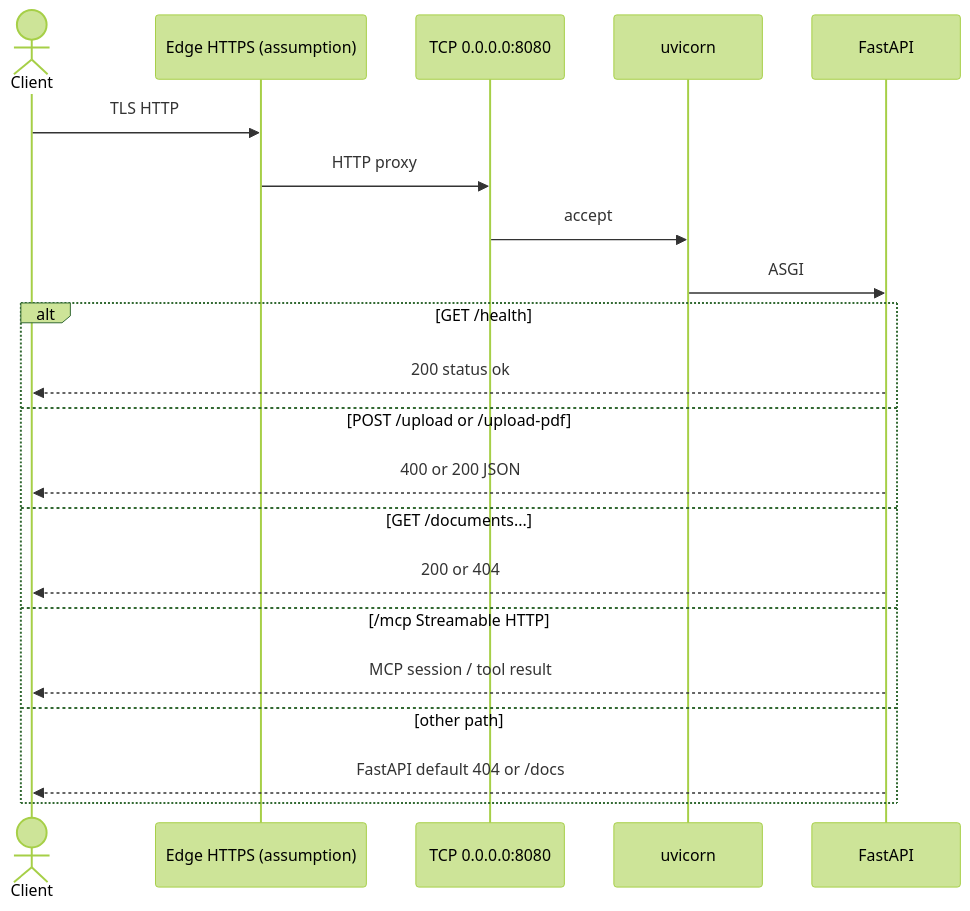
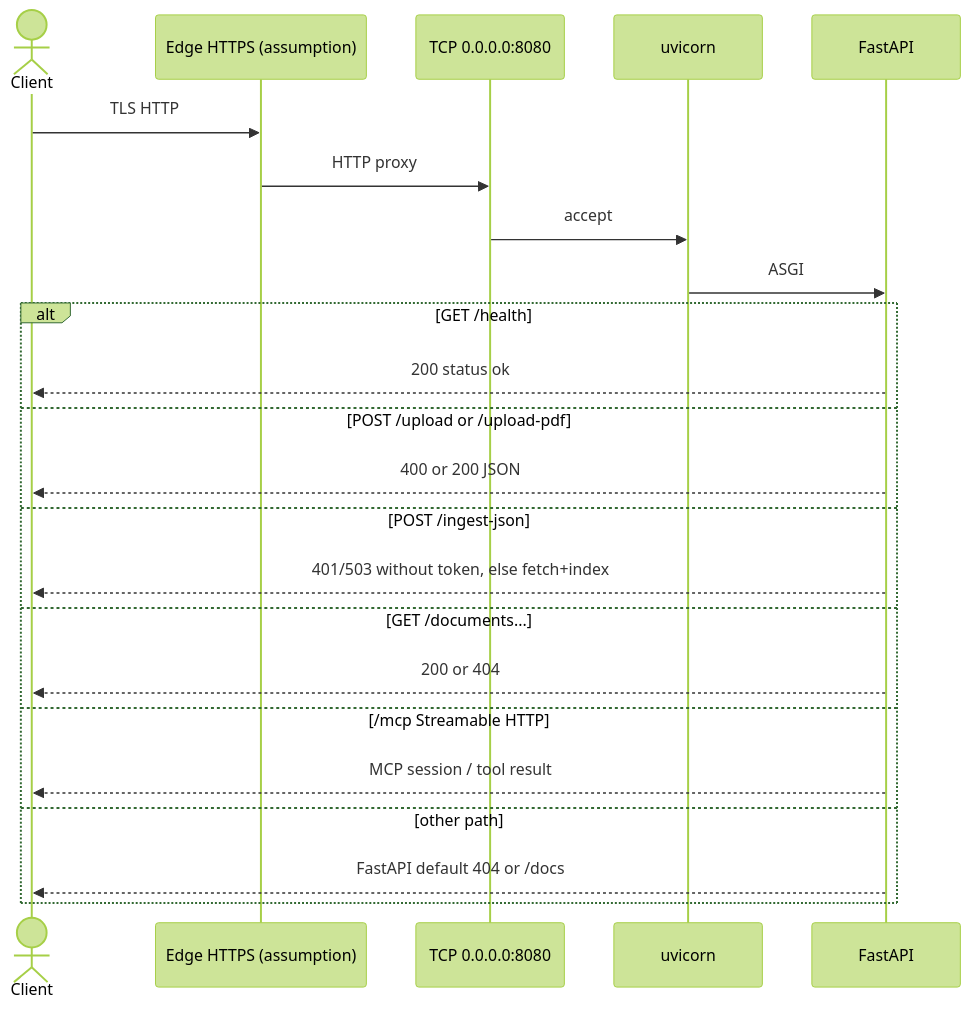
The second of 3 diagrams in docs/CONNECTIVITY.md (mkrejp/fastmcp-rag-timer), drawn with Mermaid (forest theme) before and after one commit. The commit also changed other lines of this file and 12 other files, not shown here.

First line of the commit message:
Add bearer-authenticated remote GeoJSON ingest endpoint.

````diff
--- a/docs/CONNECTIVITY.md
+++ b/docs/CONNECTIVITY.md
@@ -74,24 +75,26 @@
 ```mermaid
 sequenceDiagram
   actor Client
   participant Edge as Edge HTTPS (assumption)
   participant Port as TCP 0.0.0.0:8080
   participant UV as uvicorn
   participant API as FastAPI
 
   Client->>Edge: TLS HTTP
   Edge->>Port: HTTP proxy
   Port->>UV: accept
   UV->>API: ASGI
   alt GET /health
     API-->>Client: 200 status ok
   else POST /upload or /upload-pdf
     API-->>Client: 400 or 200 JSON
+  else POST /ingest-json
+    API-->>Client: 401/503 without token, else fetch+index
   else GET /documents...
     API-->>Client: 200 or 404
   else /mcp Streamable HTTP
     API-->>Client: MCP session / tool result
   else other path
     API-->>Client: FastAPI default 404 or /docs
   end
 ```
````
